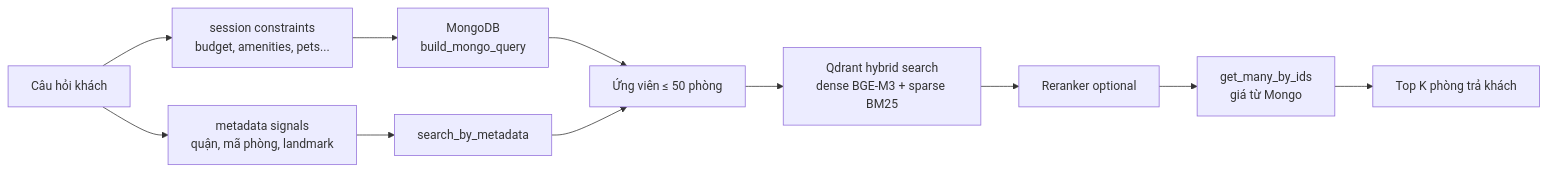
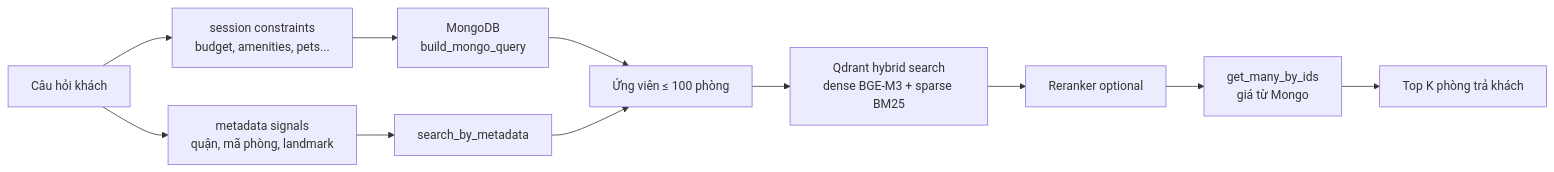
Before and after one commit to QuangVoAI/demo_rag: the third of 4 diagrams in README.md, drawn with Mermaid. The commit also changed 26 other files, not shown here.

````diff
--- a/README.md
+++ b/README.md
@@ -166,16 +166,16 @@
 ```mermaid
 flowchart LR
     Q[Câu hỏi khách] --> Signals[metadata signals<br/>quận, mã phòng, landmark]
     Q --> Constraints[session constraints<br/>budget, amenities, pets...]
 
     Constraints --> MongoFilter[MongoDB<br/>build_mongo_query]
-    MongoFilter --> Candidates[Ứng viên ≤ 50 phòng]
+    MongoFilter --> Candidates[Ứng viên ≤ 100 phòng]
 
     Signals --> MetaSearch[search_by_metadata]
     MetaSearch --> Candidates
 
     Candidates --> QdrantRank[Qdrant hybrid search<br/>dense BGE-M3 + sparse BM25]
     QdrantRank --> Rerank[Reranker optional]
     Rerank --> Authoritative[get_many_by_ids<br/>giá từ Mongo]
     Authoritative --> TopK[Top K phòng trả khách]
 ```
````
